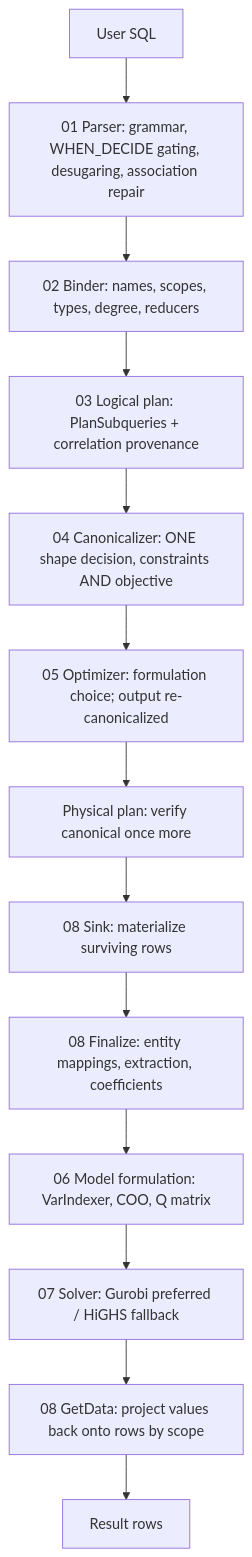
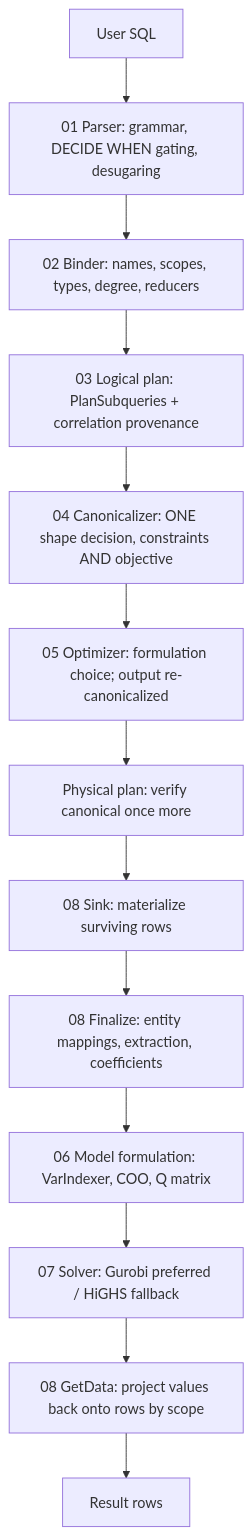
The diagram in context/descriptions/01_pipeline/architecture.md (huda-lab/decidb), drawn with Mermaid before and after one commit. The commit also changed other lines of this file and 42 other files, not shown here.

First line of the commit message:
Move DECIDE WHEN into the grammar and NORM/IN lowering into the optimizer

````diff
--- a/context/descriptions/01_pipeline/architecture.md
+++ b/context/descriptions/01_pipeline/architecture.md
@@ -33,15 +34,15 @@
 ```mermaid
 graph TD
-    User[User SQL] --> P[01 Parser: grammar, WHEN_DECIDE gating, desugaring, association repair]
+    User[User SQL] --> P[01 Parser: grammar, DECIDE WHEN gating, desugaring]
     P --> B[02 Binder: names, scopes, types, degree, reducers]
     B --> L[03 Logical plan: PlanSubqueries + correlation provenance]
     L --> C[04 Canonicalizer: ONE shape decision, constraints AND objective]
     C --> O[05 Optimizer: formulation choice; output re-canonicalized]
     O --> PH[Physical plan: verify canonical once more]
     PH --> S[08 Sink: materialize surviving rows]
     S --> F[08 Finalize: entity mappings, extraction, coefficients]
     F --> M[06 Model formulation: VarIndexer, COO, Q matrix]
     M --> SV[07 Solver: Gurobi preferred / HiGHS fallback]
     SV --> R[08 GetData: project values back onto rows by scope]
     R --> Out[Result rows]
 ```
````
